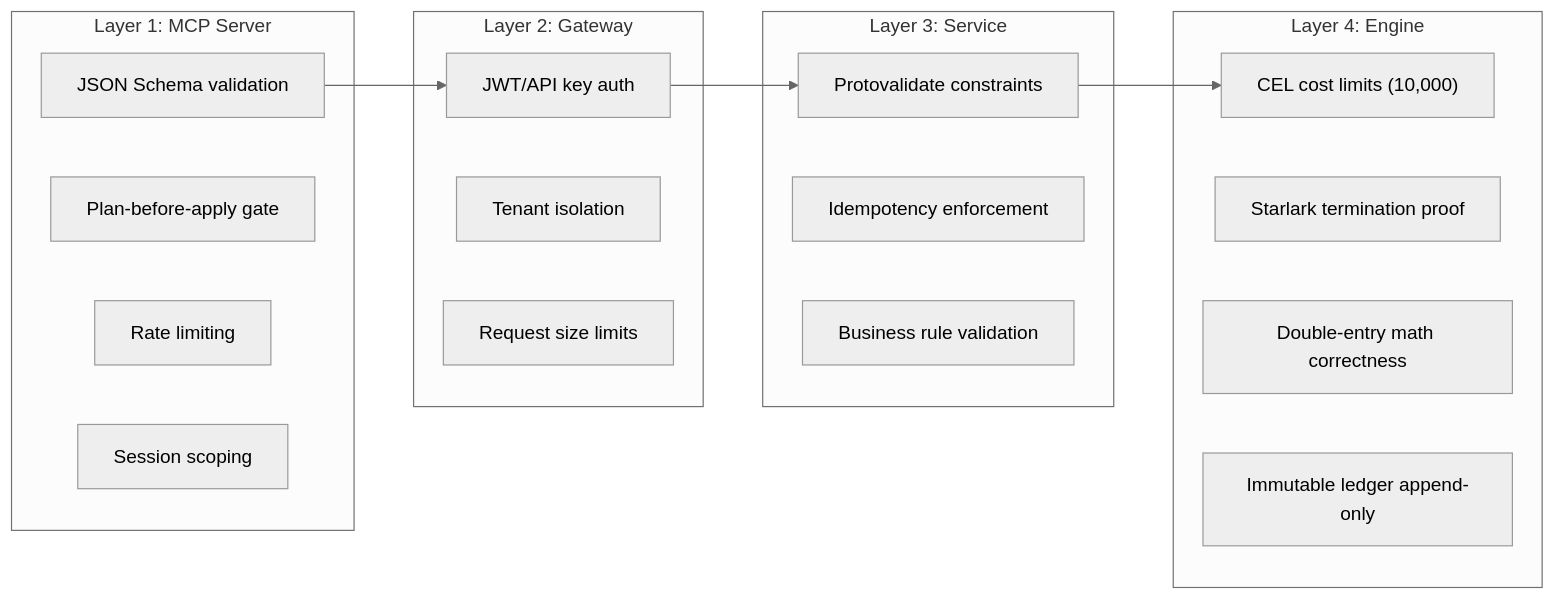
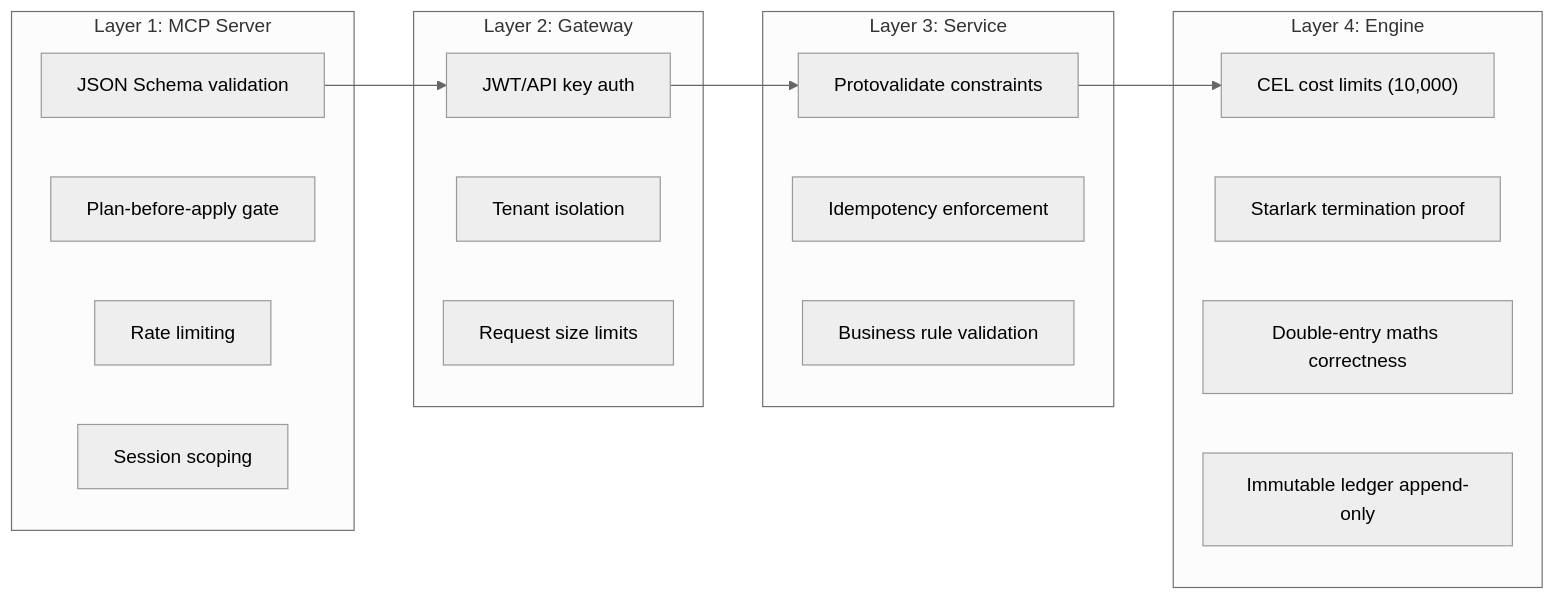
The second of 6 diagrams in docs/prd/027-mcp-server.md (meridianhub/meridian), drawn with Mermaid (neutral theme) before and after one commit. The commit also changed other lines of this file and 126 other files, not shown here.

````diff
--- a/docs/prd/027-mcp-server.md
+++ b/docs/prd/027-mcp-server.md
@@ -963,30 +963,30 @@
 ```mermaid
 graph LR
     subgraph "Layer 1: MCP Server"
         L1A["JSON Schema validation"]
         L1B["Plan-before-apply gate"]
         L1C["Rate limiting"]
         L1D["Session scoping"]
     end
 
     subgraph "Layer 2: Gateway"
         L2A["JWT/API key auth"]
         L2B["Tenant isolation"]
         L2C["Request size limits"]
     end
 
     subgraph "Layer 3: Service"
         L3A["Protovalidate constraints"]
         L3B["Idempotency enforcement"]
         L3C["Business rule validation"]
     end
 
     subgraph "Layer 4: Engine"
         L4A["CEL cost limits (10,000)"]
         L4B["Starlark termination proof"]
-        L4C["Double-entry math correctness"]
+        L4C["Double-entry maths correctness"]
         L4D["Immutable ledger append-only"]
     end
 
     L1A --> L2A --> L3A --> L4A
 ```
````
